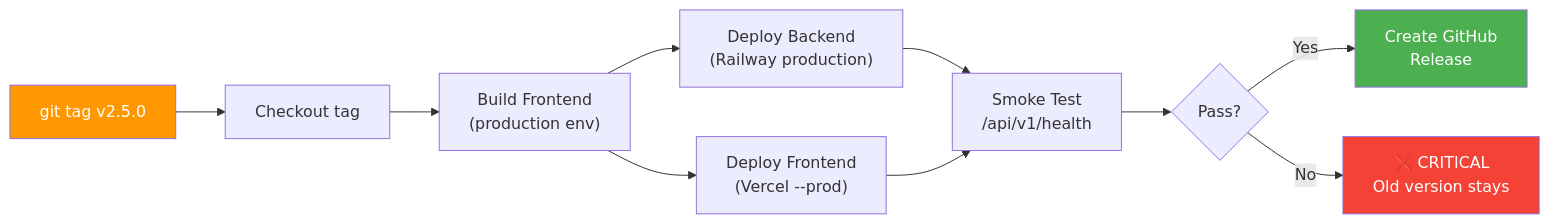
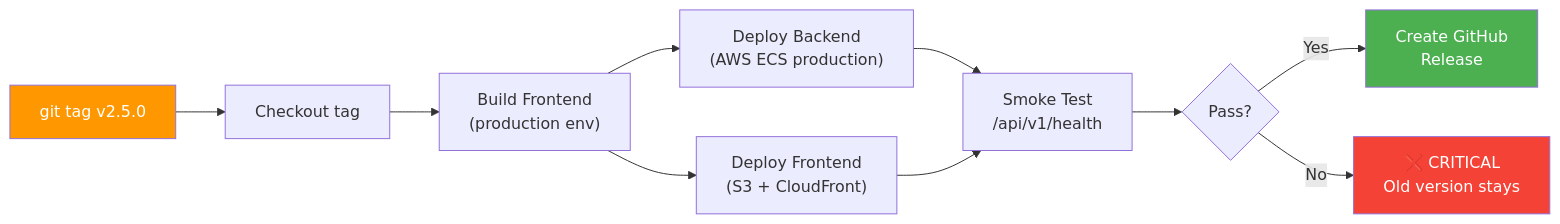
Diagram 11 of 16 in docs/walkthrough.md (AtharvS7/PredictIQ), drawn with Mermaid before and after one commit. The commit also changed other lines of this file, not shown here.

````diff
--- a/docs/walkthrough.md
+++ b/docs/walkthrough.md
@@ -1306,16 +1321,16 @@
 ```mermaid
 flowchart LR
     A["git tag v2.5.0"] --> B["Checkout tag"]
     B --> C["Build Frontend\n(production env)"]
-    C --> D["Deploy Backend\n(Railway production)"]
-    C --> E["Deploy Frontend\n(Vercel --prod)"]
+    C --> D["Deploy Backend\n(AWS ECS production)"]
+    C --> E["Deploy Frontend\n(S3 + CloudFront)"]
     D --> F["Smoke Test\n/api/v1/health"]
     E --> F
     F --> G{"Pass?"}
     G -->|Yes| H["Create GitHub\nRelease"]
     G -->|No| I["❌ CRITICAL\nOld version stays"]
 
     style A fill:#FF9800,color:#fff
     style H fill:#4CAF50,color:#fff
     style I fill:#f44336,color:#fff
 ```
````
